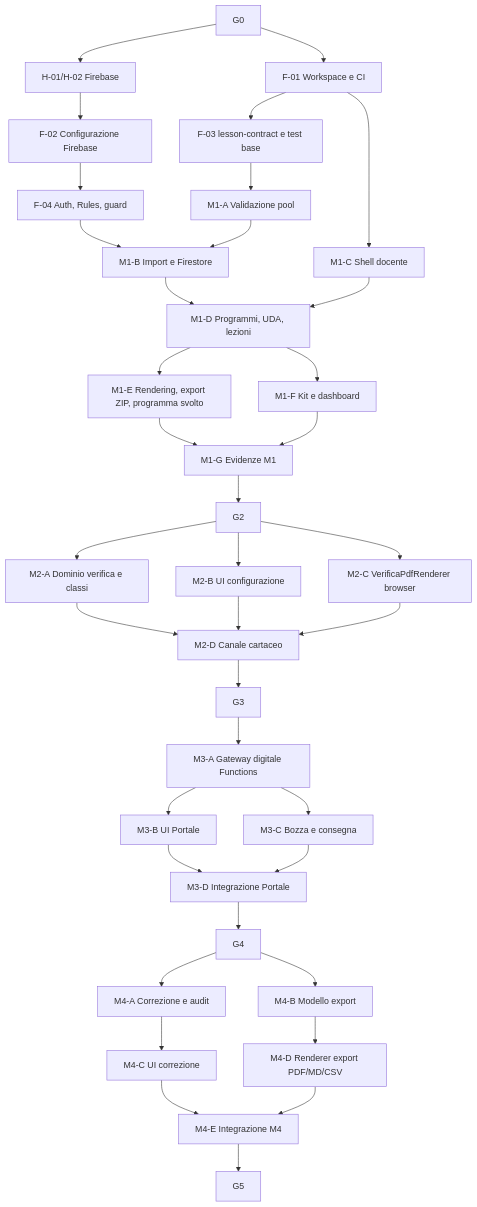
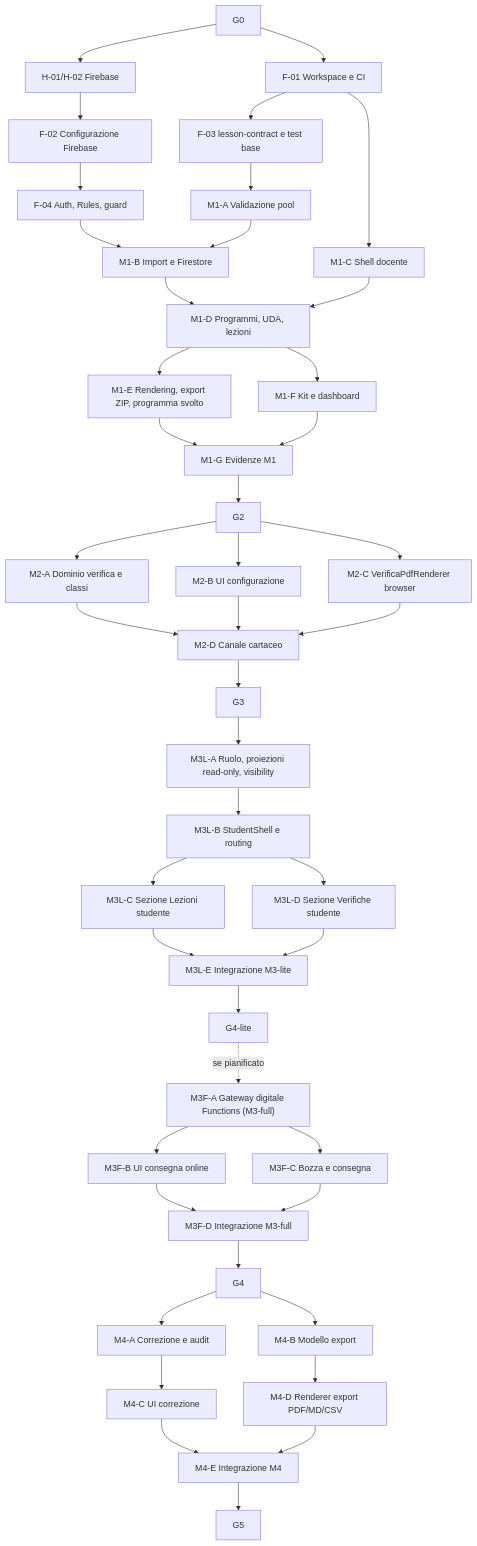
Before and after one commit to EnricoPaparo/SchoolForge: the diagram in documentazione/piano-implementazione.md, drawn with Mermaid. The commit also changed other lines of this file and 14 other files, not shown here.

First line of the commit message:
docs: formalizzare M3-lite (portale studente Google, read-only)

````diff
--- a/documentazione/piano-implementazione.md
+++ b/documentazione/piano-implementazione.md
@@ -110,39 +114,46 @@
 ```mermaid
 flowchart TD
     G0 --> F1["F-01 Workspace e CI"]
     G0 --> H1["H-01/H-02 Firebase"]
     H1 --> F2["F-02 Configurazione Firebase"]
     F1 --> F3["F-03 lesson-contract e test base"]
     F2 --> F4["F-04 Auth, Rules, guard"]
     F3 --> M1A["M1-A Validazione pool"]
     F4 --> M1B["M1-B Import e Firestore"]
     M1A --> M1B
     F1 --> M1C["M1-C Shell docente"]
     M1B --> M1D["M1-D Programmi, UDA, lezioni"]
     M1C --> M1D
     M1D --> M1E["M1-E Rendering, export ZIP, programma svolto"]
     M1D --> M1F["M1-F Kit e dashboard"]
     M1E --> M1G["M1-G Evidenze M1"]
     M1F --> M1G
     M1G --> G2
     G2 --> M2A["M2-A Dominio verifica e classi"]
     G2 --> M2B["M2-B UI configurazione"]
     G2 --> M2C["M2-C VerificaPdfRenderer browser"]
     M2A --> M2D["M2-D Canale cartaceo"]
     M2B --> M2D
     M2C --> M2D
     M2D --> G3
-    G3 --> M3A["M3-A Gateway digitale Functions"]
-    M3A --> M3B["M3-B UI Portale"]
-    M3A --> M3C["M3-C Bozza e consegna"]
-    M3B --> M3D["M3-D Integrazione Portale"]
-    M3C --> M3D
-    M3D --> G4
+    G3 --> M3LA["M3L-A Ruolo, proiezioni read-only, visibility"]
+    M3LA --> M3LB["M3L-B StudentShell e routing"]
+    M3LB --> M3LC["M3L-C Sezione Lezioni studente"]
+    M3LB --> M3LD["M3L-D Sezione Verifiche studente"]
+    M3LC --> M3LE["M3L-E Integrazione M3-lite"]
+    M3LD --> M3LE
+    M3LE --> G4LITE["G4-lite"]
+    G4LITE -. "se pianificato" .-> M3FA["M3F-A Gateway digitale Functions (M3-full)"]
+    M3FA --> M3FB["M3F-B UI consegna online"]
+    M3FA --> M3FC["M3F-C Bozza e consegna"]
+    M3FB --> M3FD["M3F-D Integrazione M3-full"]
+    M3FC --> M3FD
+    M3FD --> G4
     G4 --> M4A["M4-A Correzione e audit"]
     G4 --> M4B["M4-B Modello export"]
     M4A --> M4C["M4-C UI correzione"]
     M4B --> M4D["M4-D Renderer export PDF/MD/CSV"]
     M4C --> M4E["M4-E Integrazione M4"]
     M4D --> M4E
     M4E --> G5
 ```
````
